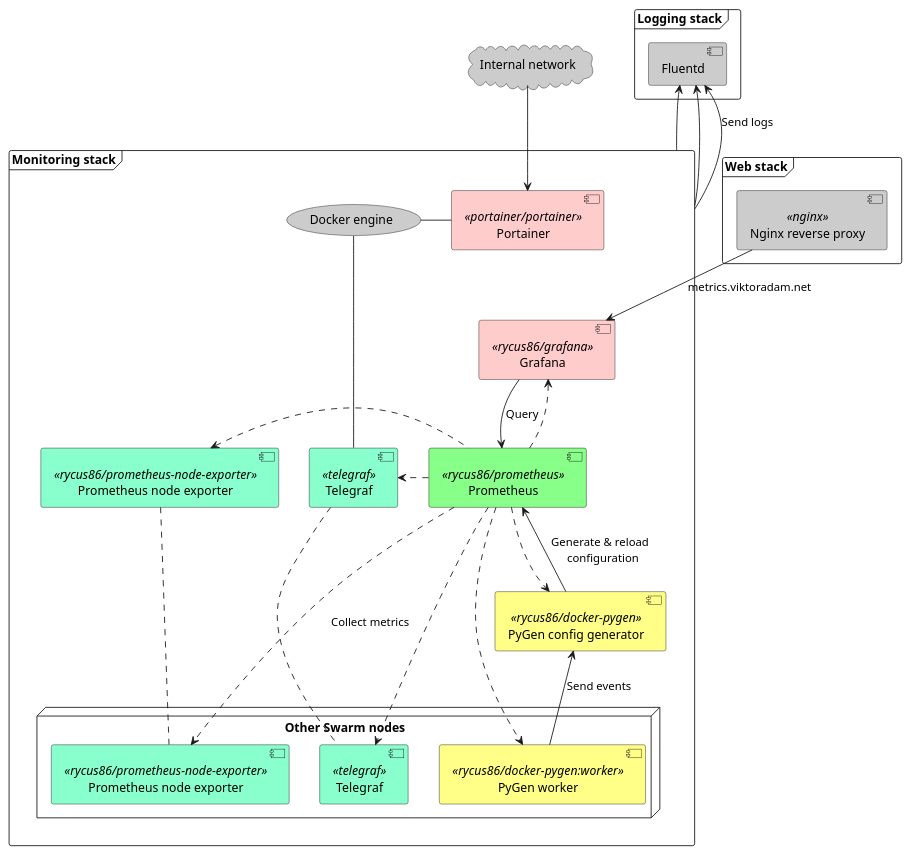
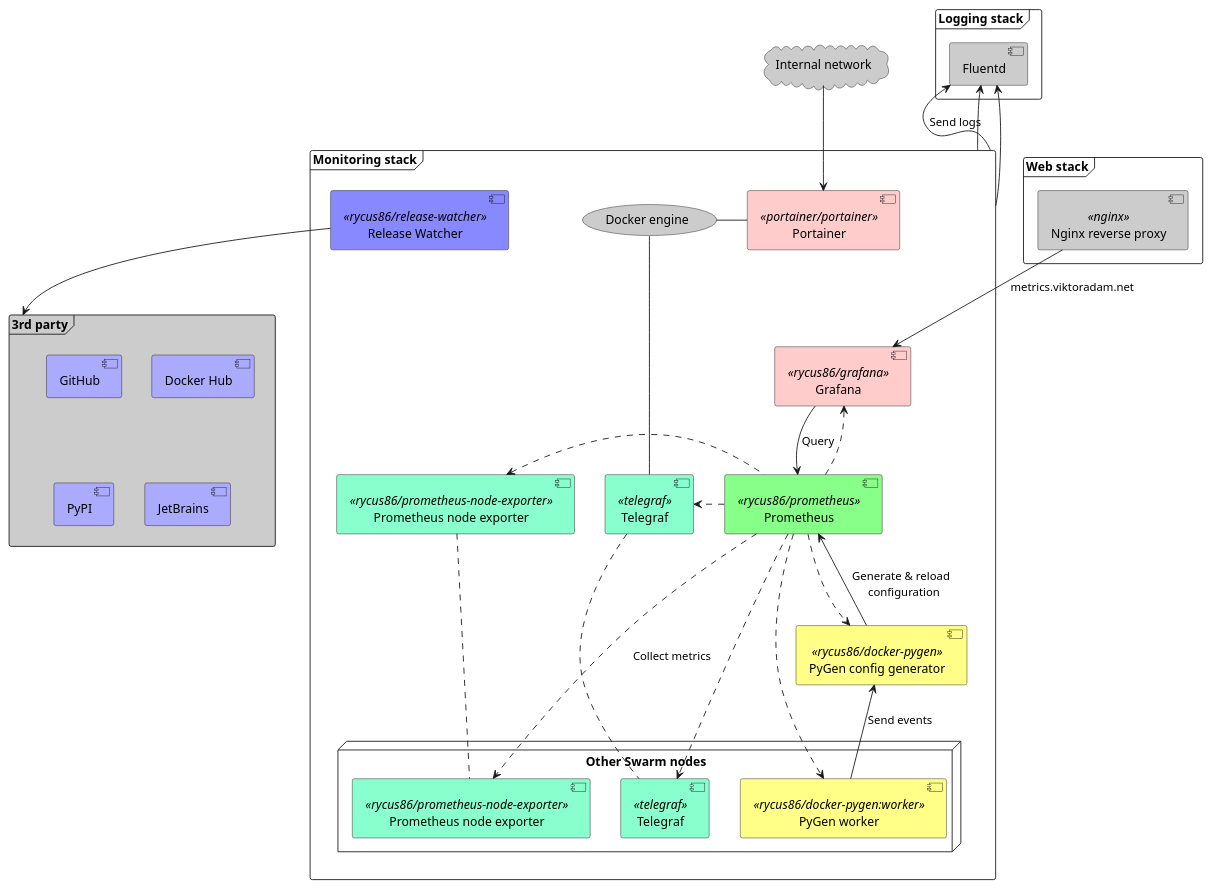
One commit to rycus86/home-stack-monitoring changed the diagram in stack.puml. Above: the diagram before and after it, drawn with PlantUML. The commit also changed 1 other file, not shown here.

Commit message:
Update the stack diagram [skip ci]

```diff
--- a/stack.puml
+++ b/stack.puml
@@ -1,56 +1,66 @@
 @startuml
 
 frame "Monitoring stack" as stack {
     [Prometheus] << rycus86/prometheus >> as prometheus #8f8
     [Prometheus node exporter] << rycus86/prometheus-node-exporter >> as node_exporter #8fc
     [Telegraf] << telegraf >> as telegraf #8fc
     [Grafana] << rycus86/grafana >> as grafana #fcc
     [Portainer] << portainer/portainer >> as portainer #fcc
+    [Release Watcher] << rycus86/release-watcher >> as release_watcher #88f
 
     [PyGen config generator] << rycus86/docker-pygen >> as pygen #ff8
 
     (Docker engine) as docker #ccc
 
     node "Other Swarm nodes" {
         [Prometheus node exporter] << rycus86/prometheus-node-exporter >> as node_exporter_2 #8fc
         [Telegraf] << telegraf >> as telegraf_2 #8fc
 
         [PyGen worker] << rycus86/docker-pygen:worker >> as pygen_worker #ff8
     }
 }
 
 cloud "Internal network" as intnet #ccc
 
 frame "Web stack" as web_stack {
     [Nginx reverse proxy] << nginx >> as nginx #ccc
+}
+
+frame "3rd party" as 3rd_party #ccc {
+    [GitHub] #aaf
+    [Docker Hub] #aaf
+    [PyPI] #aaf
+    [JetBrains] #aaf
 }
 
 frame "Logging stack" {
     [Fluentd] #ccc
 }
 
 nginx --> grafana : metrics.viktoradam.net
 grafana --> prometheus : Query
 grafana <.. prometheus
 pygen -u-> prometheus : Generate & reload \n configuration
 pygen_worker -u-> pygen : Send events
 
 prometheus .l.> node_exporter
 prometheus .r.> telegraf
 prometheus ..> pygen
 prometheus ...> node_exporter_2 : Collect metrics
 prometheus ...> telegraf_2
 prometheus ...> pygen_worker
 
 node_exporter .. node_exporter_2
 telegraf .. telegraf_2
 
 intnet --> portainer
 portainer -l- docker
 telegraf -u-- docker
 
+release_watcher --> 3rd_party
+
 stack -u-> [Fluentd]
 stack -u-> [Fluentd]
 stack -u-> [Fluentd] : Send logs
 
 @enduml
```
